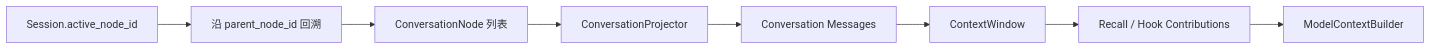
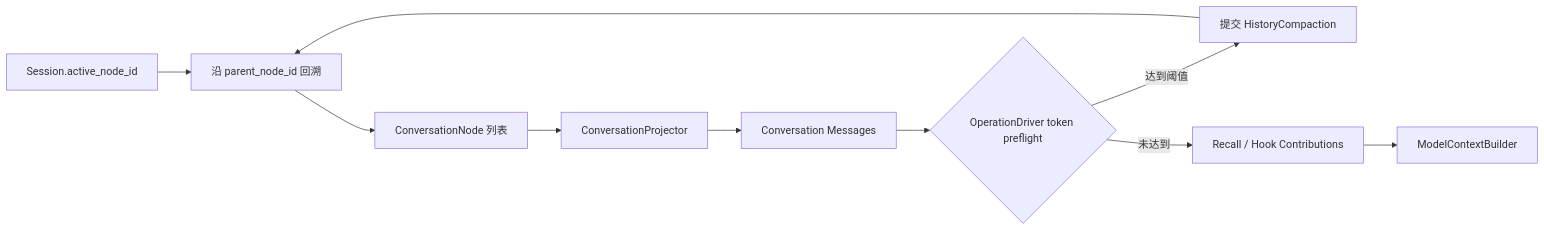
The fourth of 56 diagrams in docs/upgrade/2026-08-24-runtime-entity-decisions.md (xiesunsun/MyOpenClaw), drawn with Mermaid before and after one commit. The commit also changed other lines of this file and 96 other files, not shown here.

````diff
--- a/docs/upgrade/2026-08-24-runtime-entity-decisions.md
+++ b/docs/upgrade/2026-08-24-runtime-entity-decisions.md
@@ -381,10 +381,12 @@
 ```mermaid
 flowchart LR
     A[Session.active_node_id] --> B[沿 parent_node_id 回溯]
     B --> C[ConversationNode 列表]
     C --> D[ConversationProjector]
     D --> E[Conversation Messages]
-    E --> W[ContextWindow]
-    W --> X[Recall / Hook Contributions]
+    E --> Q{OperationDriver token preflight}
+    Q -->|达到阈值| H[提交 HistoryCompaction]
+    H --> B
+    Q -->|未达到| X[Recall / Hook Contributions]
     X --> F[ModelContextBuilder]
 ```
````
